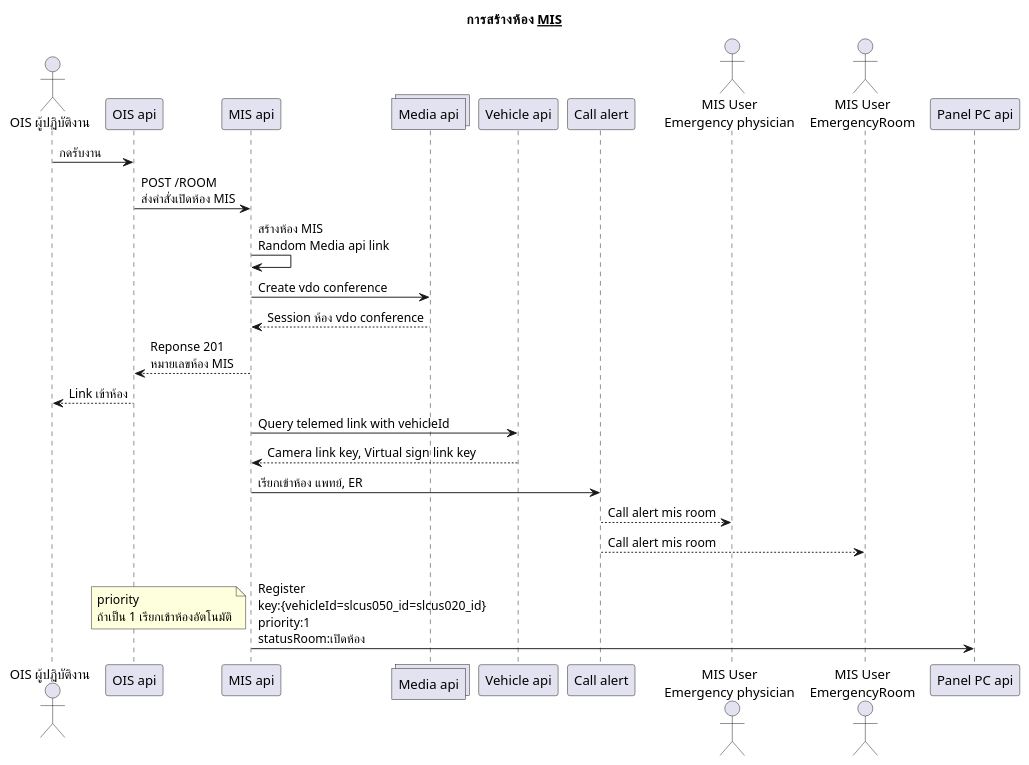
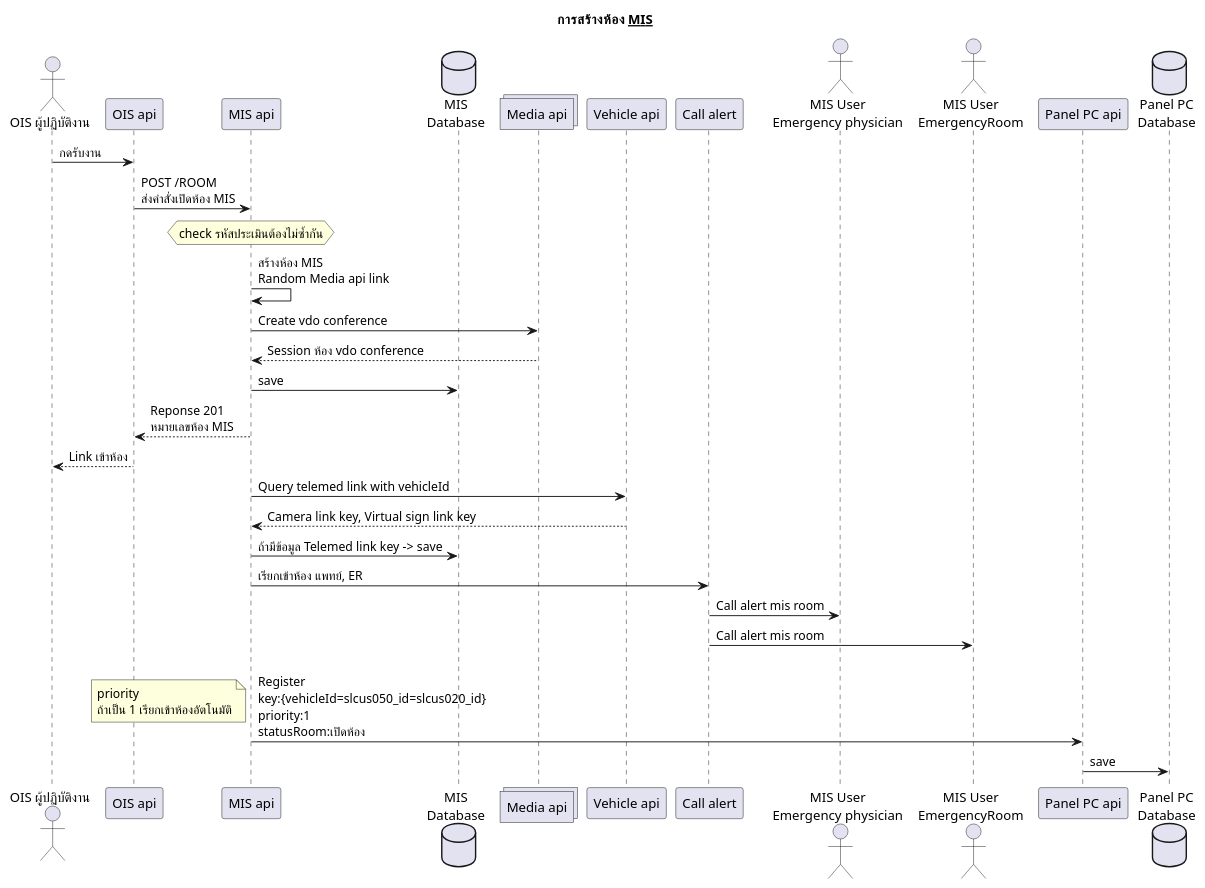
Before and after one commit to lionants02/mis-api-doc: the diagram in uml/new_create_mis.plantuml, drawn with PlantUML.

```diff
--- a/uml/new_create_mis.plantuml
+++ b/uml/new_create_mis.plantuml
@@ -1,28 +1,37 @@
 @startuml
 Title การสร้างห้อง __MIS__
   actor "OIS ผู้ปฏิบัติงาน" as OIS
   OIS -> "OIS api": กดรับงาน
   "OIS api"-> "MIS api": POST /ROOM\nส่งคำสั่งเปิดห้อง MIS
+
+  hnote over "MIS api"
+    check รหัสประเมินต้องไม่ซ้ำกัน
+  endnote
   "MIS api" -> "MIS api": สร้างห้อง MIS\nRandom Media api link
+
+  database "MIS\nDatabase" as misdb
 
   collections "Media api" as MediaApi
   "MIS api" -> MediaApi: Create vdo conference
   "MIS api" <-- MediaApi: Session ห้อง vdo conference
+  "MIS api" -> misdb: save
 
   "OIS api"<-- "MIS api": Reponse 201\nหมายเลขห้อง MIS
   OIS <-- "OIS api": Link เข้าห้อง
 
   "MIS api" -> "Vehicle api": Query telemed link with vehicleId
   "MIS api" <-- "Vehicle api": Camera link key, Virtual sign link key
-
+  "MIS api" -> misdb: ถ้ามีข้อมูล Telemed link key -> save
   "MIS api" -> "Call alert": เรียกเข้าห้อง แพทย์, ER
 
   actor "MIS User\nEmergency physician" as MD
   actor "MIS User\nEmergencyRoom" as ER
 
-  "Call alert" --> MD: Call alert mis room
-  "Call alert" --> ER: Call alert mis room
+  "Call alert" -> MD: Call alert mis room
+  "Call alert" -> ER: Call alert mis room
 
   "MIS api" -> "Panel PC api": \nRegister\nkey:{vehicleId=slcus050_id=slcus020_id}\npriority:1\nstatusRoom:เปิดห้อง
   note left: priority\nถ้าเป็น 1 เรียกเข้าห้องอัตโนมัติ
+  database "Panel PC\nDatabase" as paneldb
+  "Panel PC api" -> paneldb: save
 @enduml
```
